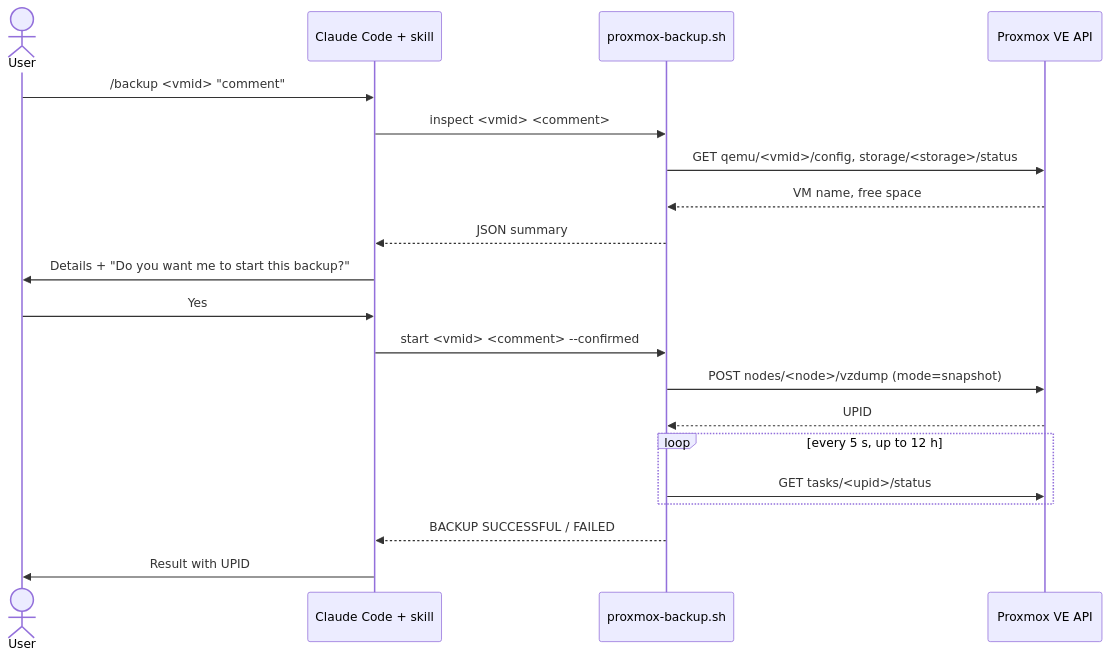
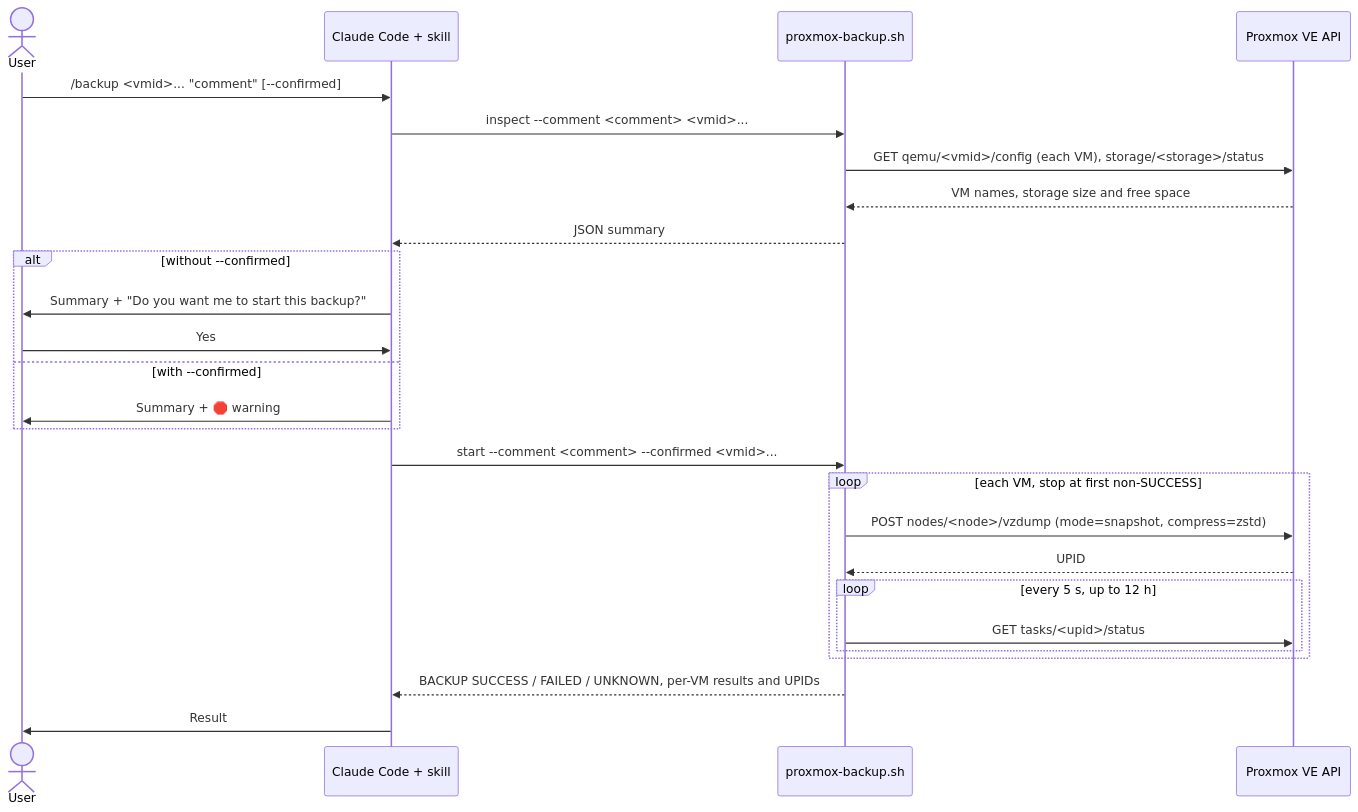
One commit to WitherMonarch/documentation changed the second of 2 diagrams in ai/projects/proxmox-claude-backup/topology.md. Above: the diagram before and after it, drawn with Mermaid. The commit also changed other lines of this file and 4 other files, not shown here.

First line of the commit message:
Update Proxmox backup guide for multi-VM backups and hardened script

````diff
--- a/ai/projects/proxmox-claude-backup/topology.md
+++ b/ai/projects/proxmox-claude-backup/topology.md
@@ -31,22 +33,28 @@
 ```mermaid
 sequenceDiagram
     actor User
     participant Claude as Claude Code + skill
     participant Script as proxmox-backup.sh
     participant PVE as Proxmox VE API
-    User->>Claude: /backup <vmid> "comment"
-    Claude->>Script: inspect <vmid> <comment>
-    Script->>PVE: GET qemu/<vmid>/config, storage/<storage>/status
-    PVE-->>Script: VM name, free space
+    User->>Claude: /backup <vmid>... "comment" [--confirmed]
+    Claude->>Script: inspect --comment <comment> <vmid>...
+    Script->>PVE: GET qemu/<vmid>/config (each VM), storage/<storage>/status
+    PVE-->>Script: VM names, storage size and free space
     Script-->>Claude: JSON summary
-    Claude->>User: Details + "Do you want me to start this backup?"
-    User->>Claude: Yes
-    Claude->>Script: start <vmid> <comment> --confirmed
-    Script->>PVE: POST nodes/<node>/vzdump (mode=snapshot)
-    PVE-->>Script: UPID
-    loop every 5 s, up to 12 h
-        Script->>PVE: GET tasks/<upid>/status
+    alt without --confirmed
+        Claude->>User: Summary + "Do you want me to start this backup?"
+        User->>Claude: Yes
+    else with --confirmed
+        Claude->>User: Summary + 🛑 warning
     end
-    Script-->>Claude: BACKUP SUCCESSFUL / FAILED
-    Claude->>User: Result with UPID
+    Claude->>Script: start --comment <comment> --confirmed <vmid>...
+    loop each VM, stop at first non-SUCCESS
+        Script->>PVE: POST nodes/<node>/vzdump (mode=snapshot, compress=zstd)
+        PVE-->>Script: UPID
+        loop every 5 s, up to 12 h
+            Script->>PVE: GET tasks/<upid>/status
+        end
+    end
+    Script-->>Claude: BACKUP SUCCESS / FAILED / UNKNOWN, per-VM results and UPIDs
+    Claude->>User: Result
 ```
````
